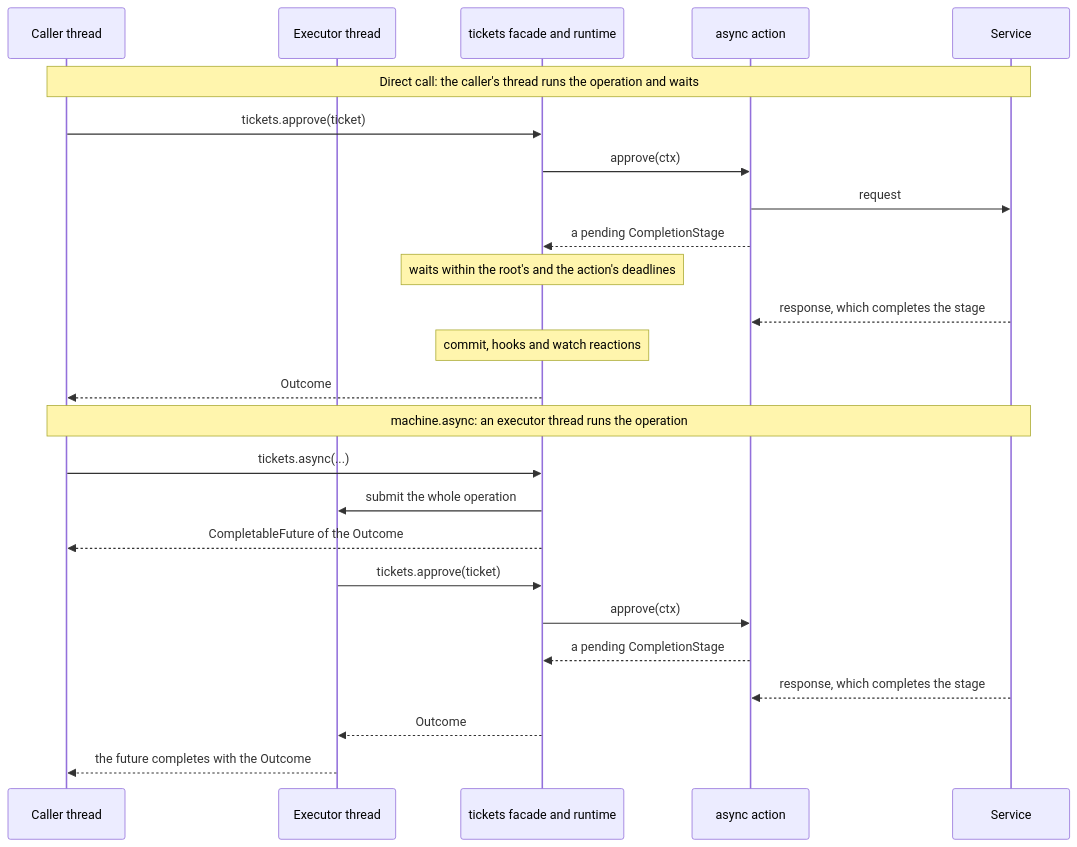
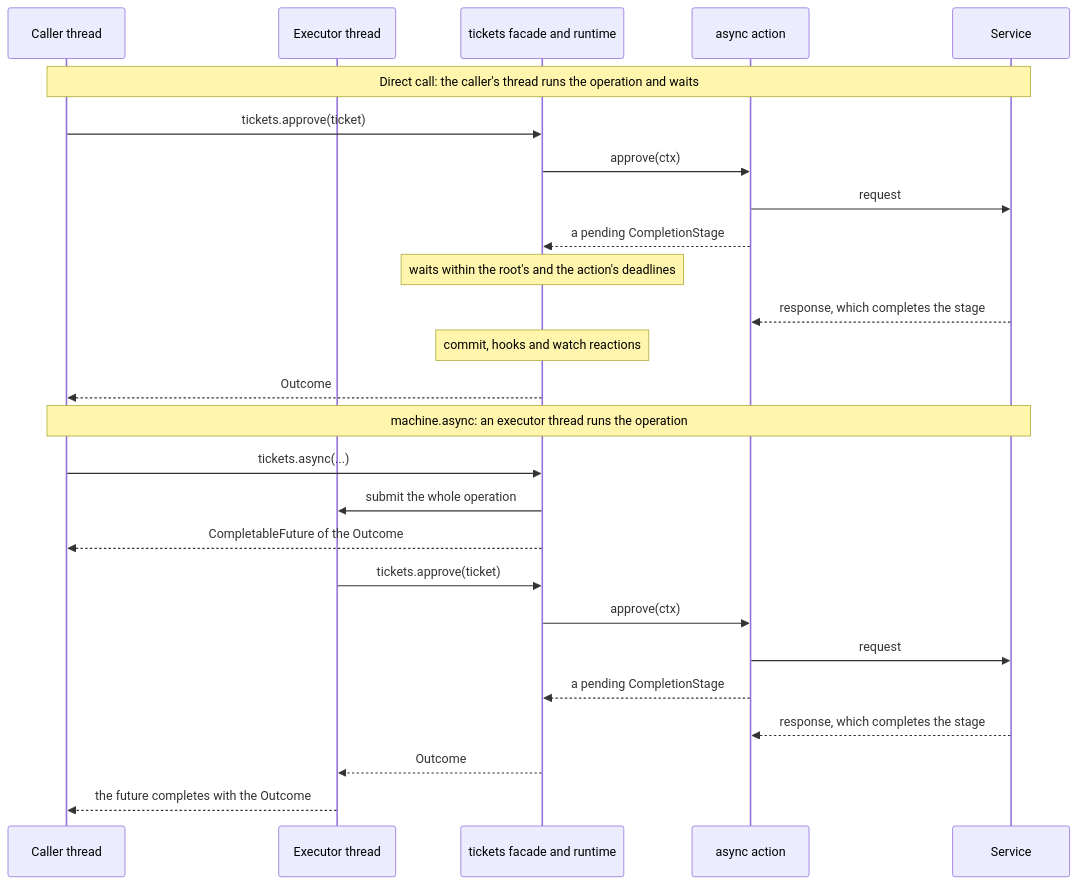
One commit to graphmaquina/graphmaquina changed the diagram in docs/async.md. Above: the diagram before and after it, drawn with Mermaid. The commit also changed 15 other files, not shown here.

````diff
--- a/docs/async.md
+++ b/docs/async.md
@@ -35,27 +35,28 @@
 ```mermaid
 sequenceDiagram
     participant Caller as Caller thread
     participant Executor as Executor thread
     participant Machine as tickets facade and runtime
     participant Action as async action
     participant Service
     Note over Caller,Service: Direct call: the caller's thread runs the operation and waits
     Caller->>Machine: tickets.approve(ticket)
     Machine->>Action: approve(ctx)
     Action->>Service: request
     Action-->>Machine: a pending CompletionStage
     Note over Machine: waits within the root's and the action's deadlines
     Service-->>Action: response, which completes the stage
     Note over Machine: commit, hooks and watch reactions
     Machine-->>Caller: Outcome
     Note over Caller,Service: machine.async: an executor thread runs the operation
     Caller->>Machine: tickets.async(...)
     Machine->>Executor: submit the whole operation
     Machine-->>Caller: CompletableFuture of the Outcome
     Executor->>Machine: tickets.approve(ticket)
     Machine->>Action: approve(ctx)
+    Action->>Service: request
     Action-->>Machine: a pending CompletionStage
     Service-->>Action: response, which completes the stage
     Machine-->>Executor: Outcome
     Executor-->>Caller: the future completes with the Outcome
 ```
````
